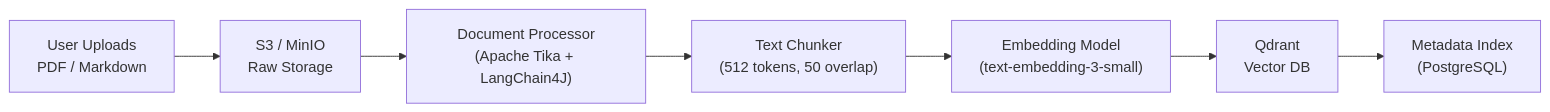
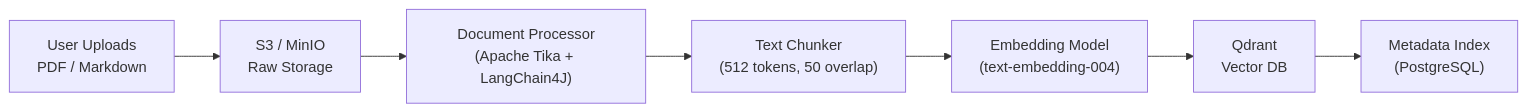
One commit to aryan19jaiswal/marxAI changed the third of 4 diagrams in design/HIGH_LEVEL_ARCHITECTURE.md. Above: the diagram before and after it, drawn with Mermaid. The commit also changed 4 other files, not shown here.

````diff
--- a/design/HIGH_LEVEL_ARCHITECTURE.md
+++ b/design/HIGH_LEVEL_ARCHITECTURE.md
@@ -131,9 +131,9 @@
 ```mermaid
 flowchart LR
     A["User Uploads<br/>PDF / Markdown"] --> B["S3 / MinIO<br/>Raw Storage"]
     B --> C["Document Processor<br/>(Apache Tika + LangChain4J)"]
     C --> D["Text Chunker<br/>(512 tokens, 50 overlap)"]
-    D --> E["Embedding Model<br/>(text-embedding-3-small)"]
+    D --> E["Embedding Model<br/>(text-embedding-004)"]
     E --> F["Qdrant<br/>Vector DB"]
     F --> G["Metadata Index<br/>(PostgreSQL)"]
 ```
````
